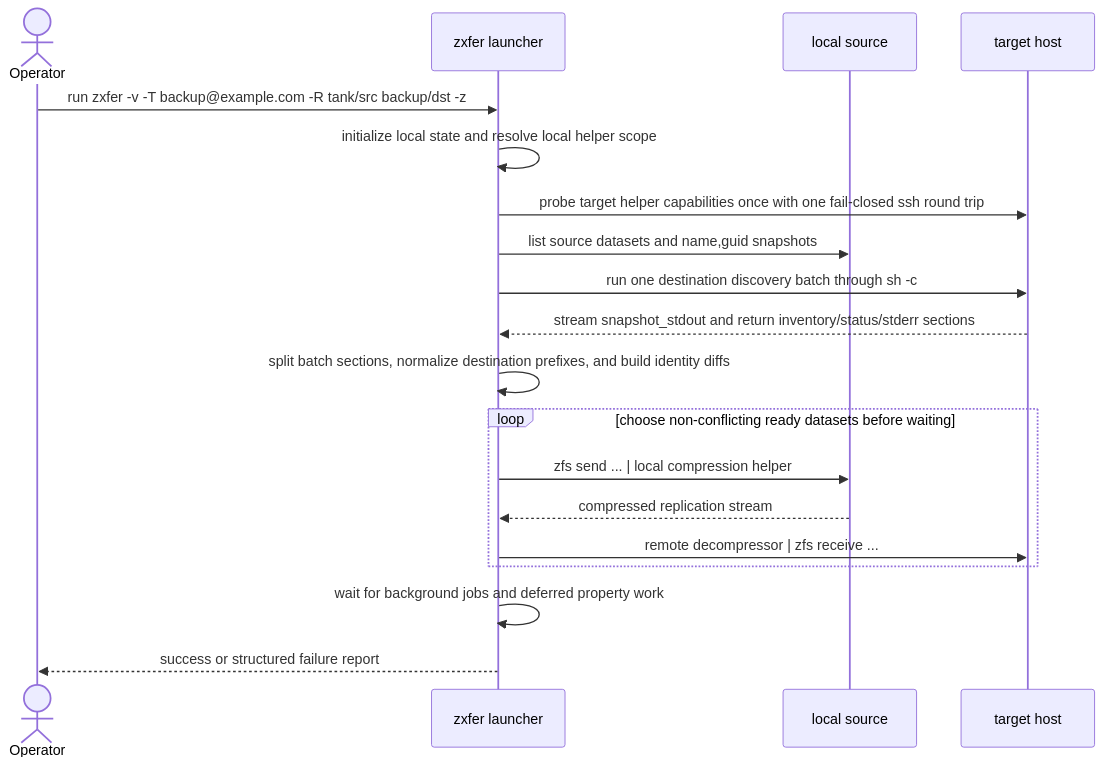
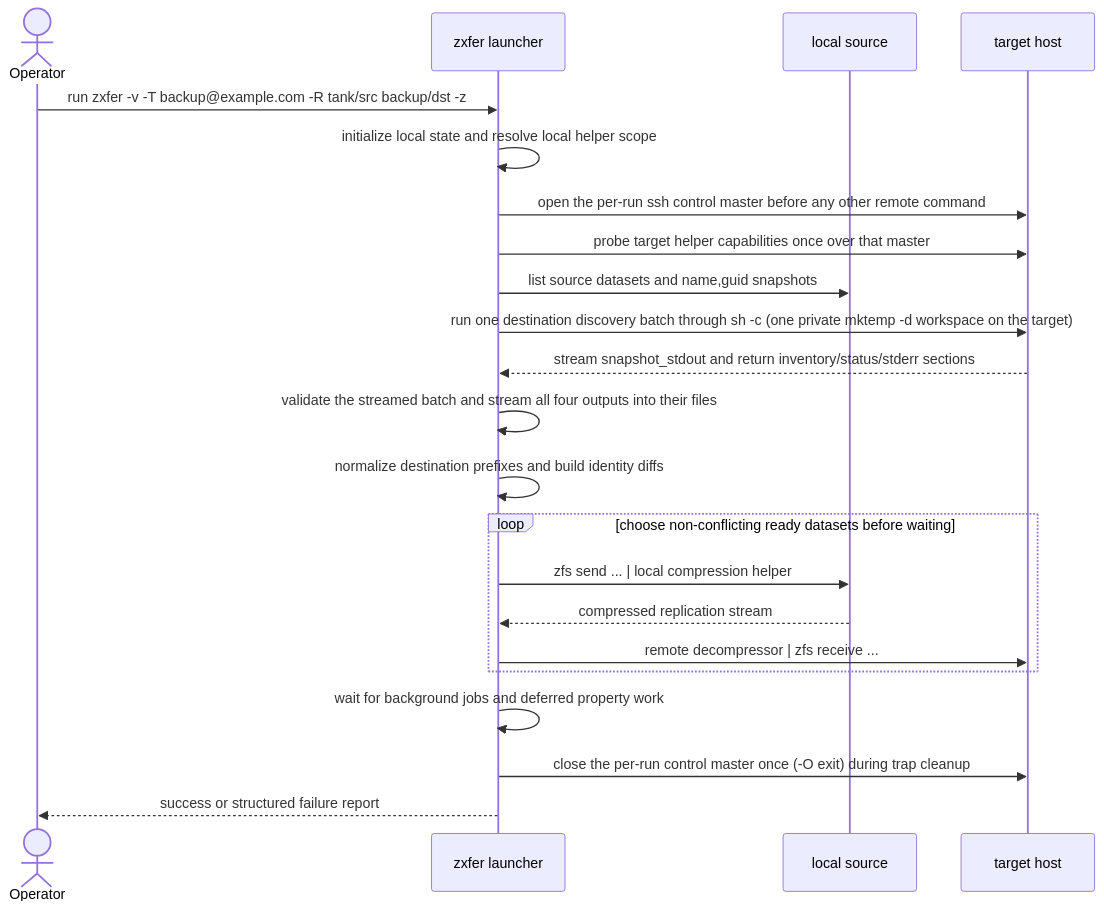
Before and after one commit to totalAldo/zxfer: the sixth of 8 diagrams in docs/architecture.md, drawn with Mermaid. The commit also changed other lines of this file and 199 other files, not shown here.

````diff
--- a/docs/architecture.md
+++ b/docs/architecture.md
@@ -419,22 +681,25 @@
 ```mermaid
 sequenceDiagram
     actor Operator
     participant Launcher as zxfer launcher
     participant Local as local source
     participant Target as target host
 
     Operator->>Launcher: run zxfer -v -T backup@example.com -R tank/src backup/dst -z
     Launcher->>Launcher: initialize local state and resolve local helper scope
-    Launcher->>Target: probe target helper capabilities once with one fail-closed ssh round trip
+    Launcher->>Target: open the per-run ssh control master before any other remote command
+    Launcher->>Target: probe target helper capabilities once over that master
     Launcher->>Local: list source datasets and name,guid snapshots
-    Launcher->>Target: run one destination discovery batch through sh -c
+    Launcher->>Target: run one destination discovery batch through sh -c (one private mktemp -d workspace on the target)
     Target-->>Launcher: stream snapshot_stdout and return inventory/status/stderr sections
-    Launcher->>Launcher: split batch sections, normalize destination prefixes, and build identity diffs
+    Launcher->>Launcher: validate the streamed batch and stream all four outputs into their files
+    Launcher->>Launcher: normalize destination prefixes and build identity diffs
     loop choose non-conflicting ready datasets before waiting
         Launcher->>Local: zfs send ... | local compression helper
         Local-->>Launcher: compressed replication stream
         Launcher->>Target: remote decompressor | zfs receive ...
     end
     Launcher->>Launcher: wait for background jobs and deferred property work
+    Launcher->>Target: close the per-run control master once (-O exit) during trap cleanup
     Launcher-->>Operator: success or structured failure report
 ```
````
